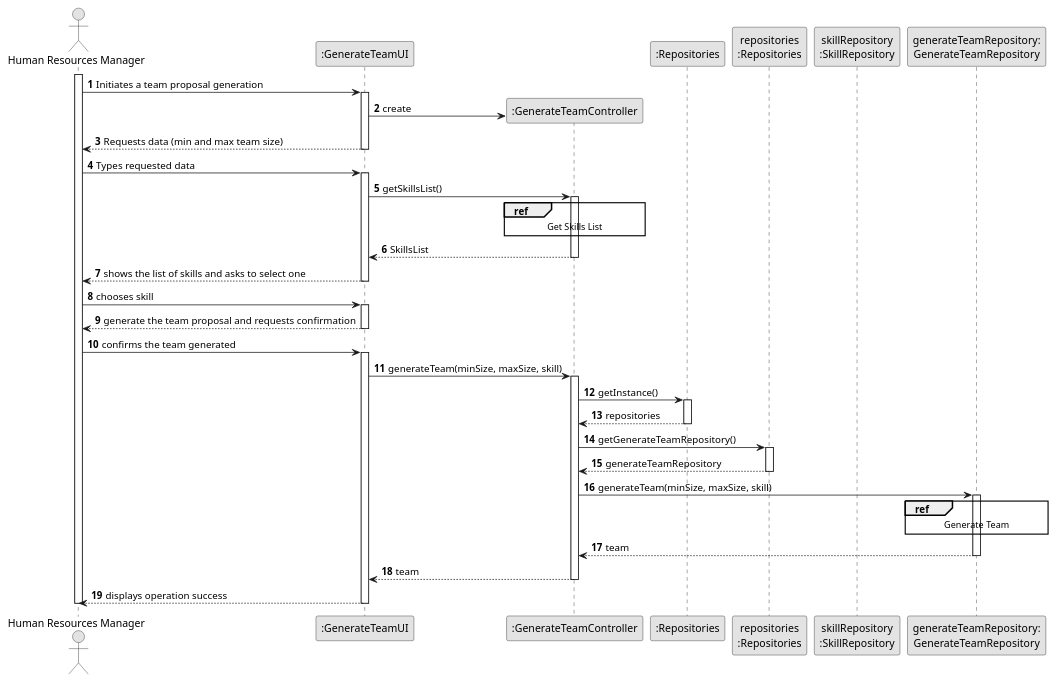
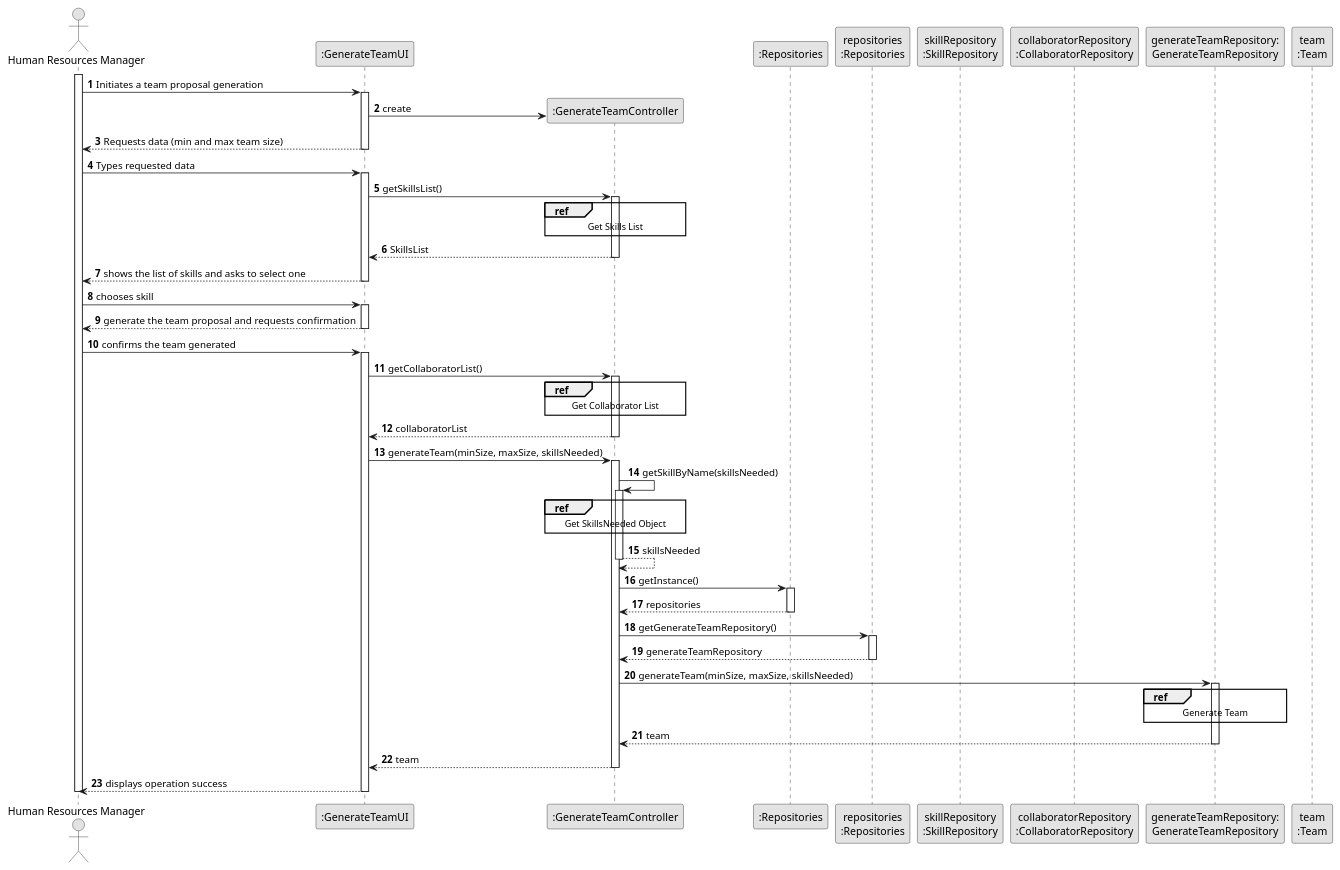
The diagram in docs/sprintA&B/us005/03.design/puml/us005-sequence-diagram-split.puml (daniel41silva05/ISEP_2023_2024_LAPR2), drawn with PlantUML before and after one commit. The commit also changed 9 other files, not shown here.

```diff
--- a/docs/sprintA&B/us005/03.design/puml/us005-sequence-diagram-split.puml
+++ b/docs/sprintA&B/us005/03.design/puml/us005-sequence-diagram-split.puml
@@ -1,86 +1,109 @@
 @startuml
 skinparam monochrome true
 skinparam packageStyle rectangle
 skinparam shadowing false
 
 autonumber
 
 'hide footbox
 actor "Human Resources Manager" as HRM
 participant ":GenerateTeamUI" as UI
 participant ":GenerateTeamController" as CTRL
 participant ":Repositories" as REP
 participant "repositories\n:Repositories" as REPS
 participant "skillRepository\n:SkillRepository" as SREP
+participant "collaboratorRepository\n:CollaboratorRepository" as CREP
 participant "generateTeamRepository:\nGenerateTeamRepository" as GTREP
+participant "team\n:Team" as T
 
 
 activate HRM
 
     HRM -> UI : Initiates a team proposal generation
     activate UI
 
         UI -> CTRL** : create
 
     UI --> HRM : Requests data (min and max team size)
     deactivate UI
 
     HRM -> UI : Types requested data
     activate UI
 
         UI -> CTRL : getSkillsList()
         activate CTRL
 
-            ref over CTRL
-                    Get Skills List
-            end ref
+           ref over CTRL
+                Get Skills List
+           end ref
 
         CTRL --> UI : SkillsList
         deactivate CTRL
 
     UI --> HRM : shows the list of skills and asks to select one
     deactivate UI
 
     HRM -> UI : chooses skill
     activate UI
 
     UI --> HRM : generate the team proposal and requests confirmation
     deactivate UI
 
     HRM -> UI : confirms the team generated
     activate UI
 
-        UI -> CTRL: generateTeam(minSize, maxSize, skill)
+         UI -> CTRL : getCollaboratorList()
+                activate CTRL
+
+                    ref over CTRL
+                            Get Collaborator List
+                    end ref
+
+         CTRL --> UI : collaboratorList
+                    deactivate CTRL
+
+        UI -> CTRL: generateTeam(minSize, maxSize, skillsNeeded)
         activate CTRL
+
+            CTRL -> CTRL: getSkillByName(skillsNeeded)
+                        activate CTRL
+
+                        ref over CTRL
+                                Get SkillsNeeded Object
+                        end ref
+
+            CTRL --> CTRL : skillsNeeded
+
+                        deactivate CTRL
 
             CTRL -> REP: getInstance()
             activate REP
 
             REP --> CTRL: repositories
             deactivate REP
 
             CTRL -> REPS: getGenerateTeamRepository()
             activate REPS
 
             REPS --> CTRL: generateTeamRepository
             deactivate REPS
 
-            CTRL -> GTREP: generateTeam(minSize, maxSize, skill)
+            CTRL -> GTREP: generateTeam(minSize, maxSize, skillsNeeded)
             activate GTREP
 
                 ref over GTREP
-                    Generate Team
+                        Generate Team
                 end ref
 
             GTREP --> CTRL: team
             deactivate GTREP
 
         CTRL --> UI: team
         deactivate CTRL
 
     UI --> HRM: displays operation success
     deactivate UI
 
 deactivate HRM
 
 @enduml
```
